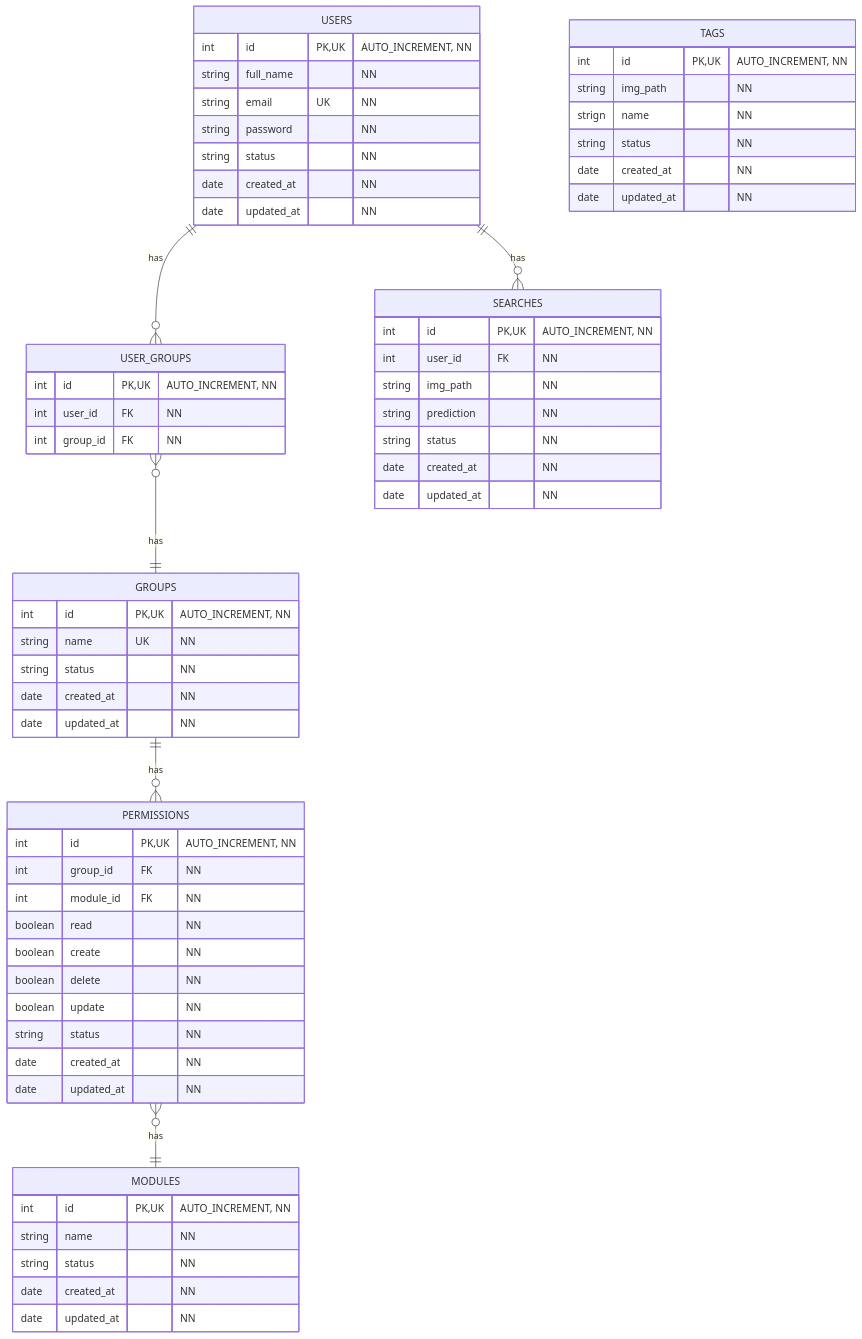
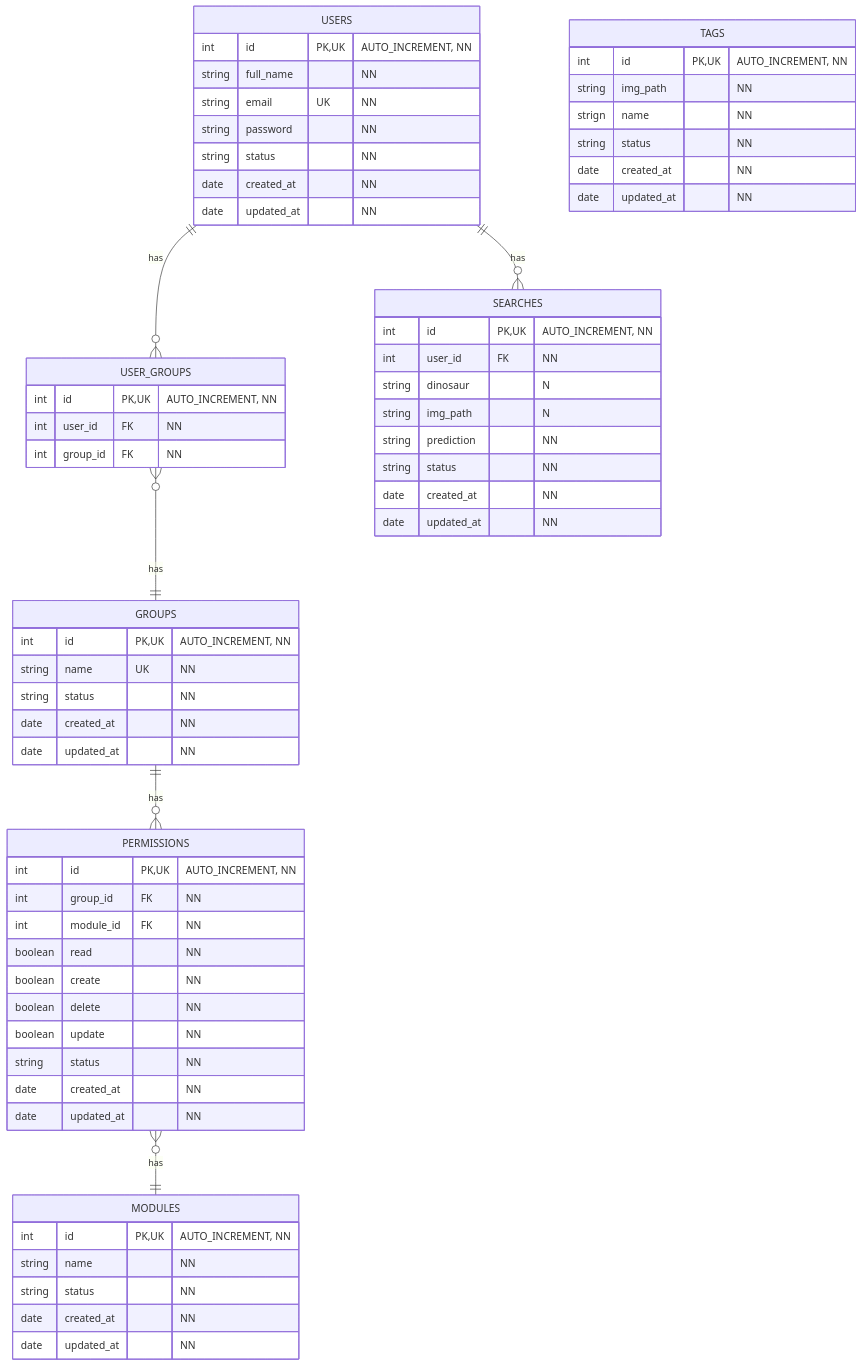
Before and after one commit to Juandiego001/dinosaurs-ai: the diagram in docs/db/db.md, drawn with Mermaid. The commit also changed 36 other files, not shown here.

````diff
--- a/docs/db/db.md
+++ b/docs/db/db.md
@@ -3,73 +3,74 @@
 ```mermaid
     erDiagram
 
         USERS {
             int id PK, UK "AUTO_INCREMENT, NN"
             string full_name "NN"
             string email UK "NN"
             string password "NN"
             string status "NN"
             date created_at "NN"
             date updated_at "NN"
         }
 
         USER_GROUPS {
             int id PK, UK "AUTO_INCREMENT, NN"
             int user_id FK "NN"
             int group_id FK "NN"
         }
 
         GROUPS {
             int id PK, UK "AUTO_INCREMENT, NN"
             string name UK "NN"
             string status "NN"
             date created_at "NN"
             date updated_at "NN"
         }
 
         PERMISSIONS {
             int id PK, UK "AUTO_INCREMENT, NN"
             int group_id FK "NN"
             int module_id FK "NN"
             boolean read "NN"
             boolean create "NN"
             boolean delete "NN"
             boolean update "NN"
             string status "NN"
             date created_at "NN"
             date updated_at "NN"
         }
 
         MODULES {
             int id PK, UK "AUTO_INCREMENT, NN"
             string name "NN"
             string status "NN"
             date created_at "NN"
             date updated_at "NN"
         }
 
         TAGS {
             int id PK, UK "AUTO_INCREMENT, NN"
             string img_path "NN"
             strign name "NN"
             string status "NN"
             date created_at "NN"
             date updated_at "NN"
         }
 
         SEARCHES {
             int id PK, UK "AUTO_INCREMENT, NN"
             int user_id FK "NN"
-            string img_path "NN"
+            string dinosaur "N"
+            string img_path "N"
             string prediction "NN"
             string status "NN"
             date created_at "NN"
             date updated_at "NN"
         }
 
         USERS ||--o{ USER_GROUPS : has
         USER_GROUPS }o --|| GROUPS : has
         GROUPS ||--o{ PERMISSIONS : has
         PERMISSIONS }o--|| MODULES : has
         USERS ||--o{ SEARCHES : has
 ```
````
